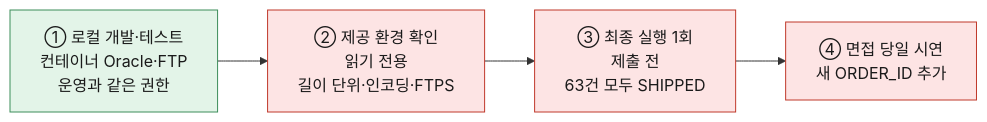
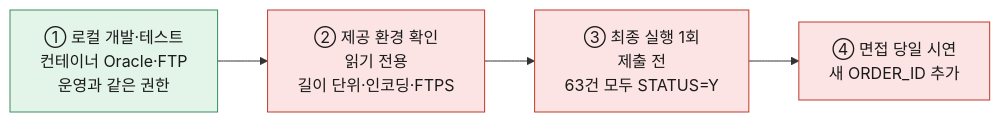
Diagram 21 of 21 in docs/design.md (milkkwong2/inspien-assignment), drawn with Mermaid before and after one commit. The commit also changed other lines of this file and 2 other files, not shown here.

First line of the commit message:
docs: STATUS N/Y 재설계와 공통 시각 필드 (D-26, D-27)

````diff
--- a/docs/design.md
+++ b/docs/design.md
@@ -1018,9 +1114,9 @@
 ```mermaid
 flowchart LR
     L["① 로컬 개발·테스트<br/>컨테이너 Oracle·FTP<br/>운영과 같은 권한"]:::local --> R["② 제공 환경 확인<br/>읽기 전용<br/>길이 단위·인코딩·FTPS"]:::prod
-    R --> F["③ 최종 실행 1회<br/>제출 전<br/>63건 모두 SHIPPED"]:::prod
+    R --> F["③ 최종 실행 1회<br/>제출 전<br/>63건 모두 STATUS=Y"]:::prod
     F --> I["④ 면접 당일 시연<br/>새 ORDER_ID 추가"]:::prod
 
     classDef local fill:#e3f4e8,stroke:#3c8d5a,color:#1a1a1a
     classDef prod fill:#fde4e4,stroke:#c0392b,color:#1a1a1a
 ```
````
